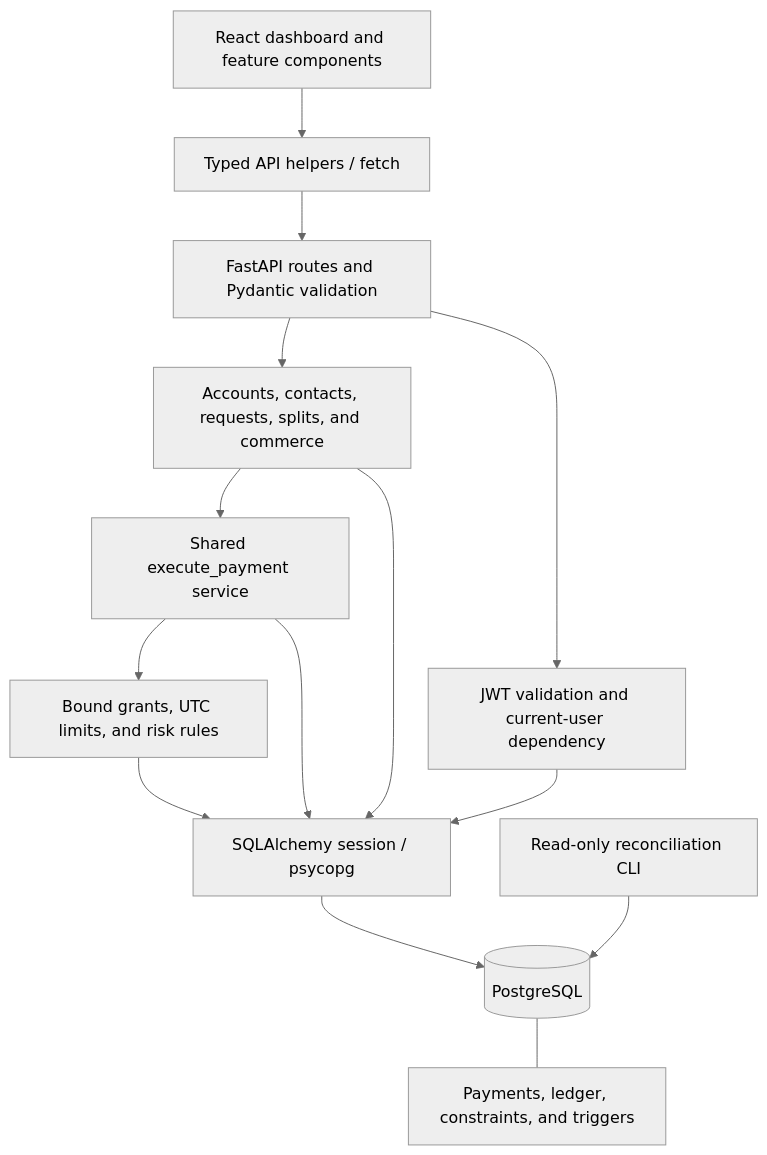
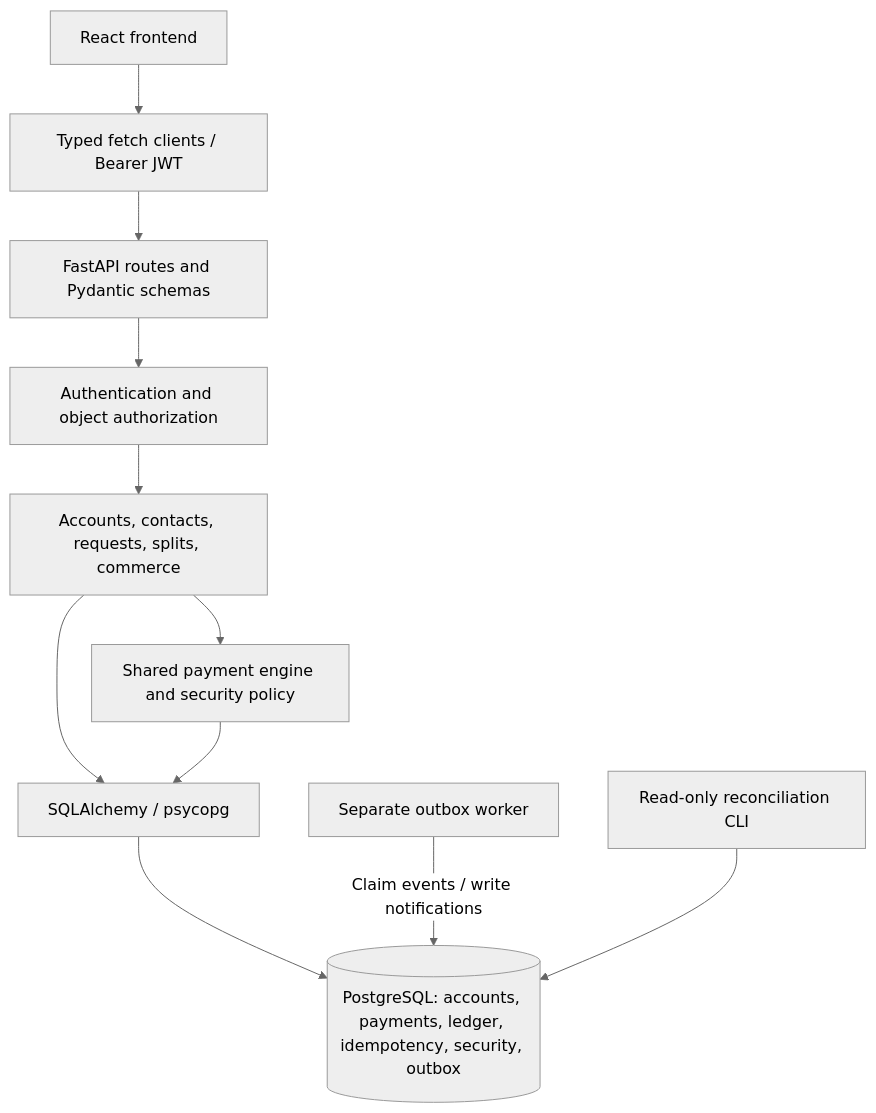
Before and after one commit to Harshita2011/PayFlow: the first of 3 diagrams in README.md, drawn with Mermaid (neutral theme). The commit also changed other lines of this file, not shown here.

````diff
--- a/README.md
+++ b/README.md
@@ -88,16 +80,13 @@
 ```mermaid
 flowchart TD
-    UI["React dashboard and feature components"] --> HTTP["Typed API helpers / fetch"]
-    HTTP --> API["FastAPI routes and Pydantic validation"]
-    API --> Auth["JWT validation and current-user dependency"]
-    API --> Features["Accounts, contacts, requests, splits, and commerce"]
-    Features --> Engine["Shared execute_payment service"]
-    Engine --> Policy["Bound grants, UTC limits, and risk rules"]
-    Policy --> ORM["SQLAlchemy session / psycopg"]
+    UI["React frontend"] --> Client["Typed fetch clients / Bearer JWT"]
+    Client --> API["FastAPI routes and Pydantic schemas"]
+    API --> Auth["Authentication and object authorization"]
+    Auth --> Features["Accounts, contacts, requests, splits, commerce"]
+    Features --> Engine["Shared payment engine and security policy"]
+    Features --> ORM["SQLAlchemy / psycopg"]
     Engine --> ORM
-    Features --> ORM
-    Auth --> ORM
-    ORM --> PG[("PostgreSQL")]
-    PG --- Journal["Payments, ledger, constraints, and triggers"]
-    Audit["Read-only reconciliation CLI"] --> PG
+    ORM --> DB[("PostgreSQL: accounts, payments, ledger, idempotency, security, outbox")]
+    Worker["Separate outbox worker"] -->|"Claim events / write notifications"| DB
+    Reconcile["Read-only reconciliation CLI"] --> DB
 ```
````
